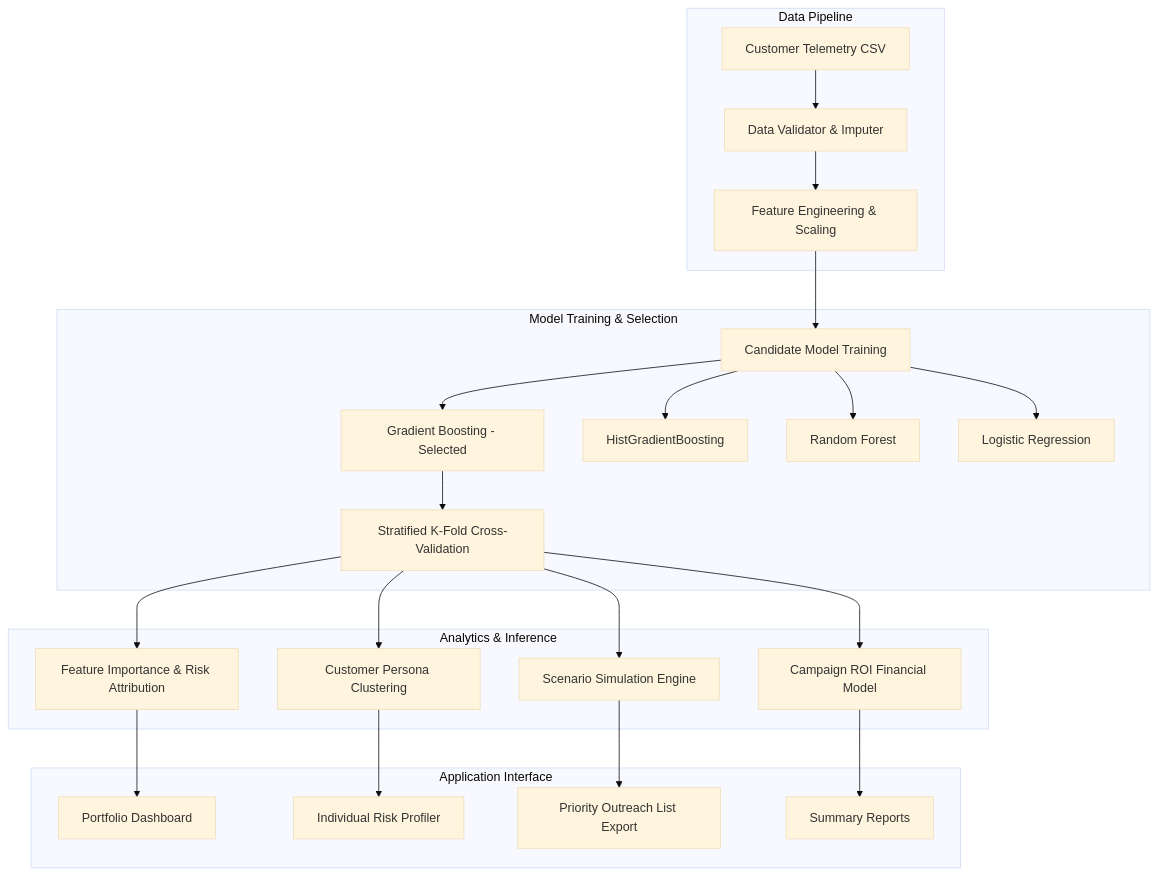
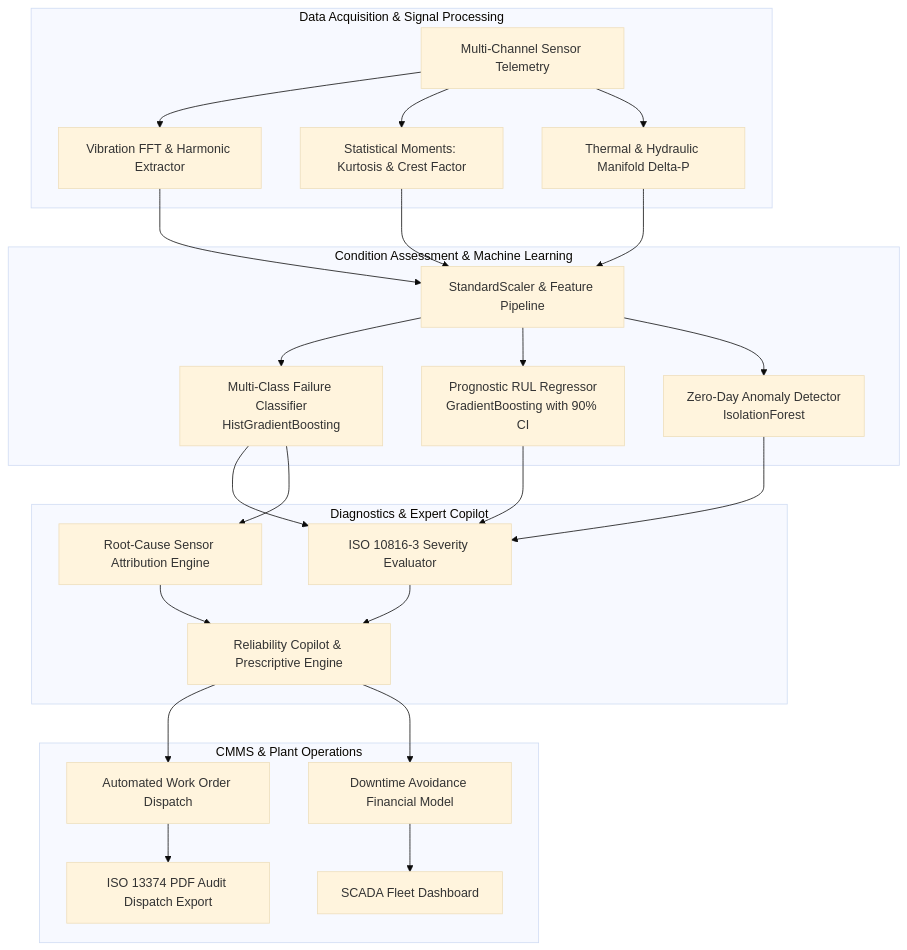
Before and after one commit to adityabht7/Customer-Churn-and-Retention-Analysis: the diagram in README.md, drawn with Mermaid (base theme). The commit also changed other lines of this file and 44 other files, not shown here.

Commit message:
feat: implement AuraVibe IIoT predictive maintenance copilot and SCADA platform

````diff
--- a/README.md
+++ b/README.md
@@ -36,30 +17,28 @@
 ```mermaid
 flowchart TD
-    subgraph Data Pipeline
-        A[Customer Telemetry CSV] --> B[Data Validator & Imputer]
-        B --> C[Feature Engineering & Scaling]
+    subgraph Data Acquisition & Signal Processing
+        A[Multi-Channel Sensor Telemetry] --> B[Vibration FFT & Harmonic Extractor]
+        A --> C[Statistical Moments: Kurtosis & Crest Factor]
+        A --> D[Thermal & Hydraulic Manifold Delta-P]
     end
 
-    subgraph Model Training & Selection
-        C --> D[Candidate Model Training]
-        D --> E1[Gradient Boosting - Selected]
-        D --> E2[HistGradientBoosting]
-        D --> E3[Random Forest]
-        D --> E4[Logistic Regression]
-        E1 --> F[Stratified K-Fold Cross-Validation]
+    subgraph Condition Assessment & Machine Learning
+        B & C & D --> E[StandardScaler & Feature Pipeline]
+        E --> F1[Multi-Class Failure Classifier<br/>HistGradientBoosting]
+        E --> F2[Prognostic RUL Regressor<br/>GradientBoosting with 90% CI]
+        E --> F3[Zero-Day Anomaly Detector<br/>IsolationForest]
     end
 
-    subgraph Analytics & Inference
-        F --> G[Feature Importance & Risk Attribution]
-        F --> H[Customer Persona Clustering]
-        F --> I[Scenario Simulation Engine]
-        F --> J[Campaign ROI Financial Model]
+    subgraph Diagnostics & Expert Copilot
+        F1 & F2 & F3 --> G[ISO 10816-3 Severity Evaluator]
+        F1 --> H[Root-Cause Sensor Attribution Engine]
+        G & H --> I[Reliability Copilot & Prescriptive Engine]
     end
 
-    subgraph Application Interface
-        G --> K[Portfolio Dashboard]
-        H --> L[Individual Risk Profiler]
-        I --> M[Priority Outreach List Export]
-        J --> N[Summary Reports]
+    subgraph CMMS & Plant Operations
+        I --> J[Automated Work Order Dispatch]
+        I --> K[Downtime Avoidance Financial Model]
+        J --> L[ISO 13374 PDF Audit Dispatch Export]
+        K --> M[SCADA Fleet Dashboard]
     end
 ```
````
